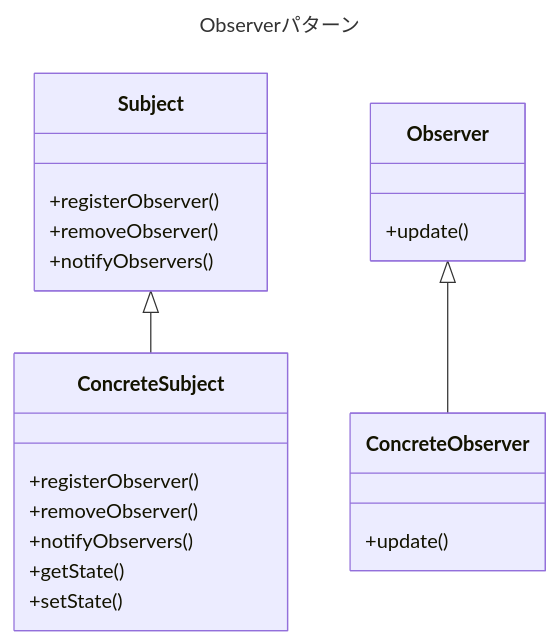
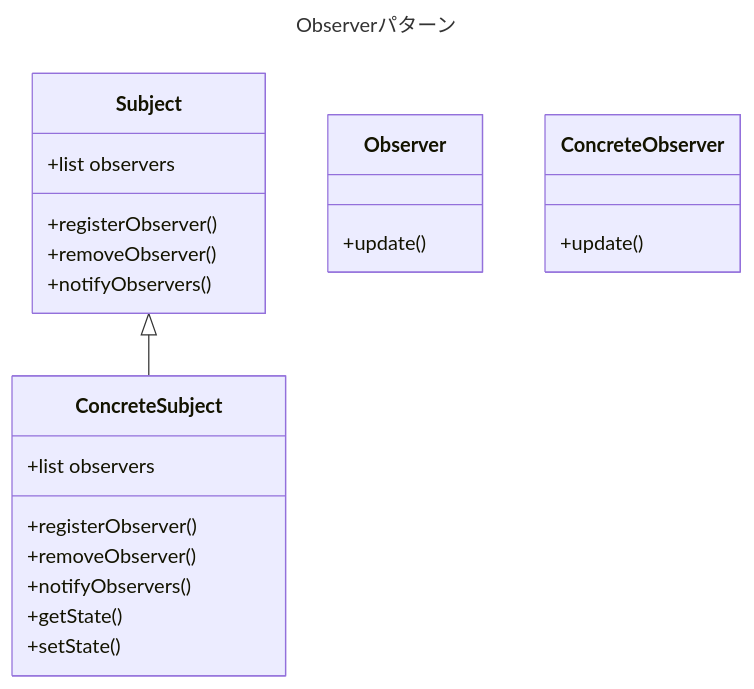
Before and after one commit to Ryutaro-horiuchi/self-development: the diagram in blog/2024/06/クラス図.md, drawn with Mermaid.

Commit message:
202406ブログ執筆8日目昼

````diff
--- a/blog/2024/06/クラス図.md
+++ b/blog/2024/06/クラス図.md
@@ -1,30 +1,32 @@
 ```mermaid
 ---
 title: Observerパターン
 ---
 
 classDiagram
   direction TB
   class Subject {
+     +list observers
      +registerObserver()
      +removeObserver()
      +notifyObservers()
   }
   class ConcreteSubject {
+　　　　　　　　　　+list observers
      +registerObserver()
      +removeObserver()
      +notifyObservers()
 
      +getState()
      +setState()
   }
+  Subject <|-- ConcreteSubject
   class Observer {
     +update()
   }
   class ConcreteObserver {
     +update()
   }
-  Subject <|-- ConcreteSubject
-  Observer <|-- ConcreteObserver
+  
 
 ```
````
